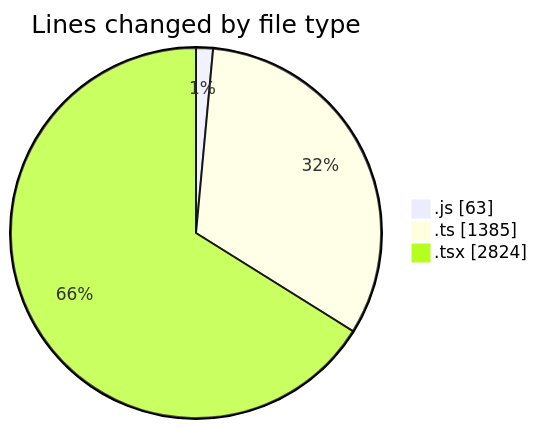
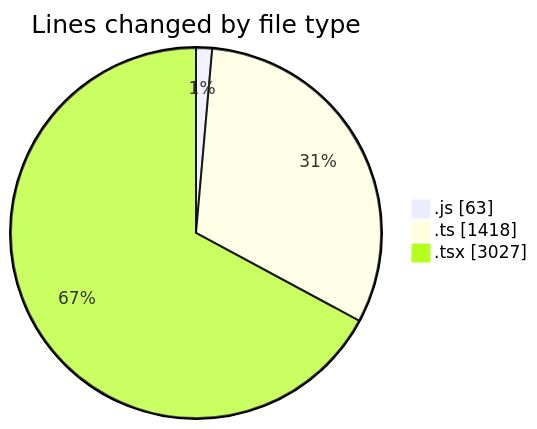
One commit to momahboobian/code-tracking changed the first of 2 diagrams in 2026-08-04/cda/README.md. Above: the diagram before and after it, drawn with Mermaid. The commit also changed other lines of this file and 1 other file, not shown here.

````diff
--- a/2026-08-04/cda/README.md
+++ b/2026-08-04/cda/README.md
@@ -47,7 +47,7 @@
 ```mermaid
 pie showData
 title Lines changed by file type
 ".js" : 63
-".ts" : 1385
-".tsx" : 2824
+".ts" : 1418
+".tsx" : 3027
 ```
````
